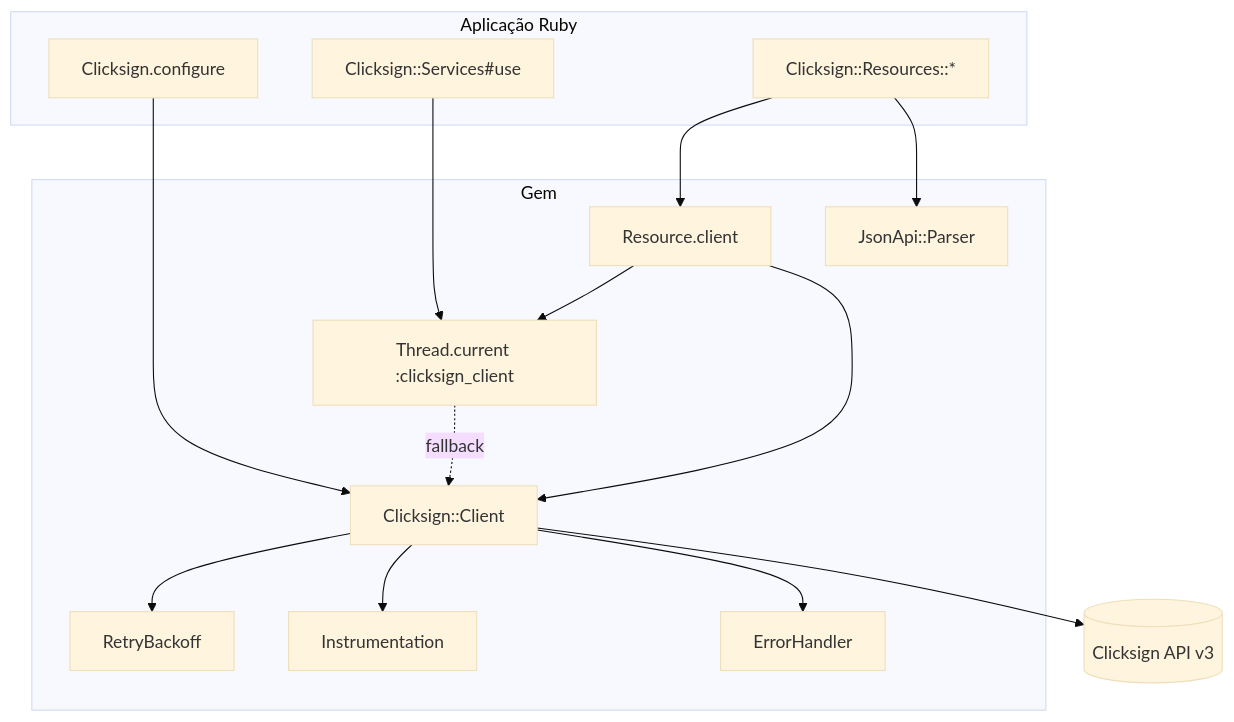
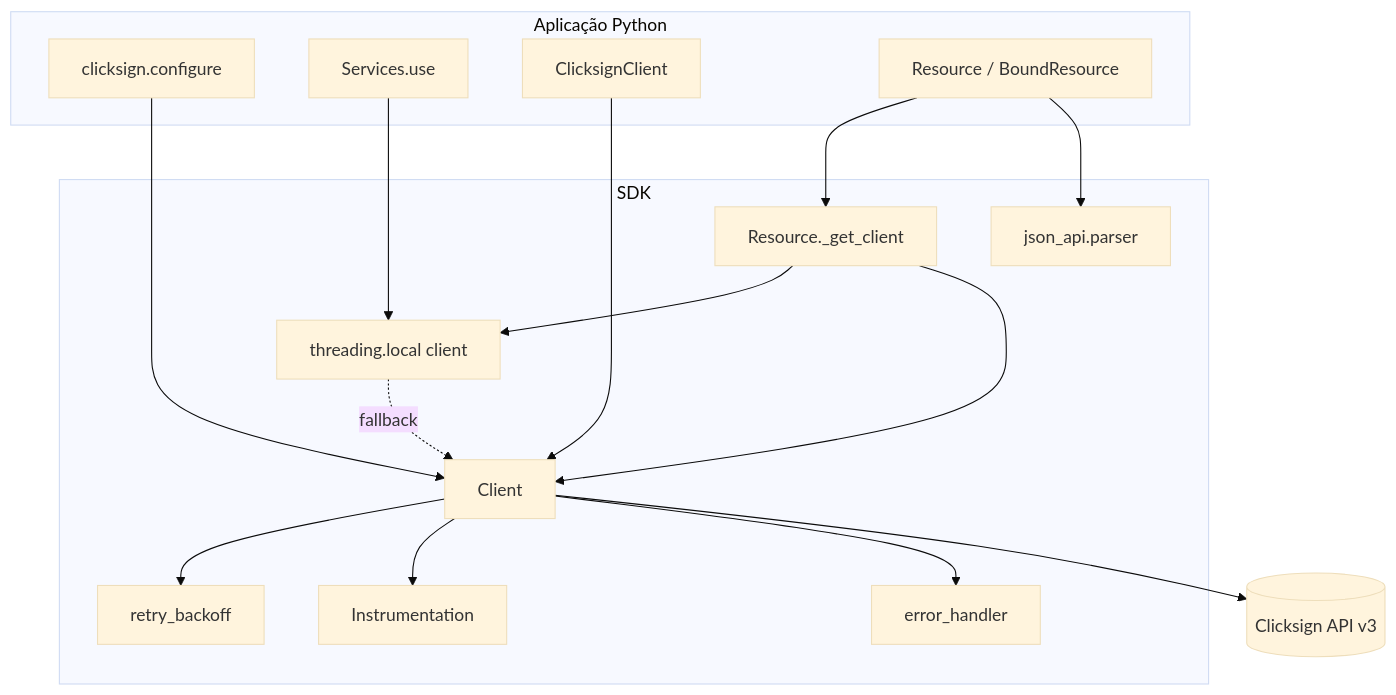
The first of 4 diagrams in docs/ARCHITECTURE.md (djosino/clicksign-python-sdk), drawn with Mermaid (base theme) before and after one commit. The commit also changed other lines of this file and 18 other files, not shown here.

````diff
--- a/docs/ARCHITECTURE.md
+++ b/docs/ARCHITECTURE.md
@@ -9,32 +9,34 @@
 ```mermaid
 flowchart TB
-  subgraph app [Aplicação Ruby]
-    CFG[Clicksign.configure]
-    SVC[Clicksign::Services#use]
-    RES[Clicksign::Resources::*]
+  subgraph app [Aplicação Python]
+    CFG[clicksign.configure]
+    SVC[Services.use]
+    FAC[ClicksignClient]
+    RES[Resource / BoundResource]
   end
 
-  subgraph gem [Gem]
-    RC[Resource.client]
-    TL[Thread.current :clicksign_client]
-    CL[Clicksign::Client]
-    EH[ErrorHandler]
+  subgraph sdk [SDK]
+    RC[Resource._get_client]
+    TL[threading.local client]
+    CL[Client]
+    EH[error_handler]
     INS[Instrumentation]
-    RB[RetryBackoff]
-    PARSER[JsonApi::Parser]
+    RB[retry_backoff]
+    PARSER[json_api.parser]
   end
 
   API[(Clicksign API v3)]
 
   CFG --> CL
   SVC --> TL
+  FAC --> CL
   RES --> RC
   RC --> TL
   RC --> CL
   TL -.->|fallback| CL
   CL --> RB
   CL --> INS
   CL --> EH
   CL --> API
   RES --> PARSER
 ```
````
